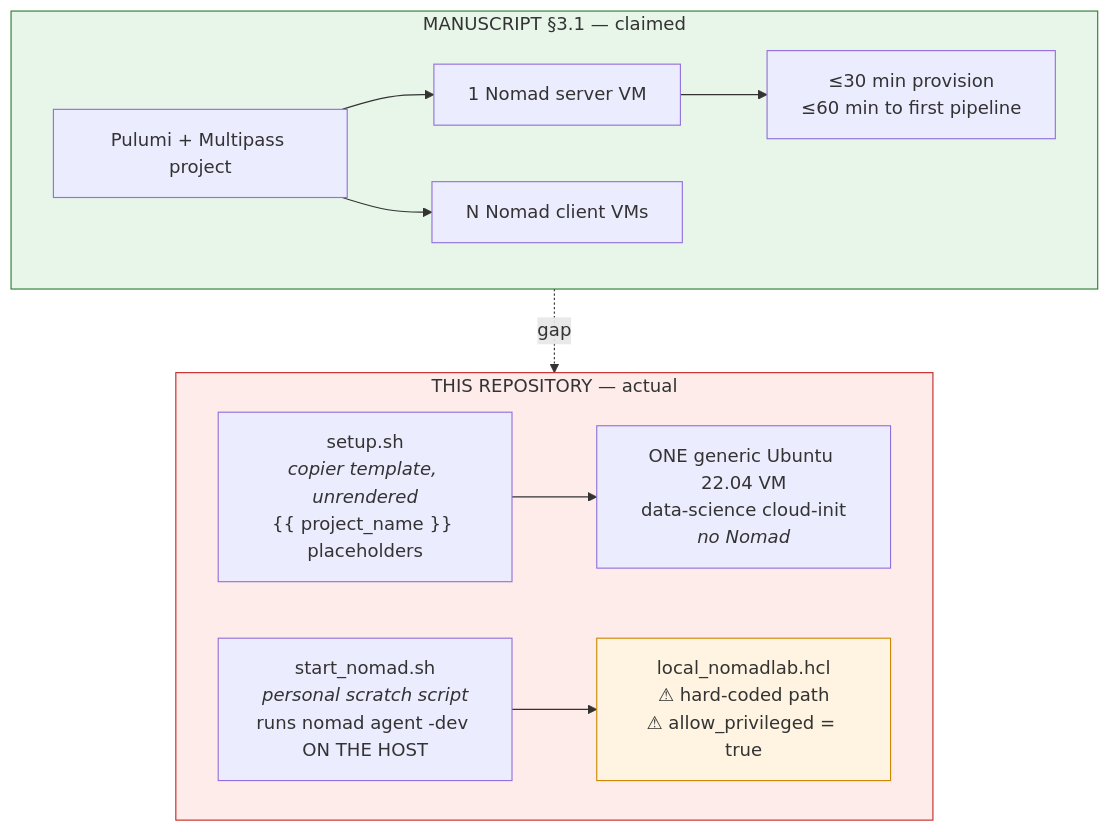
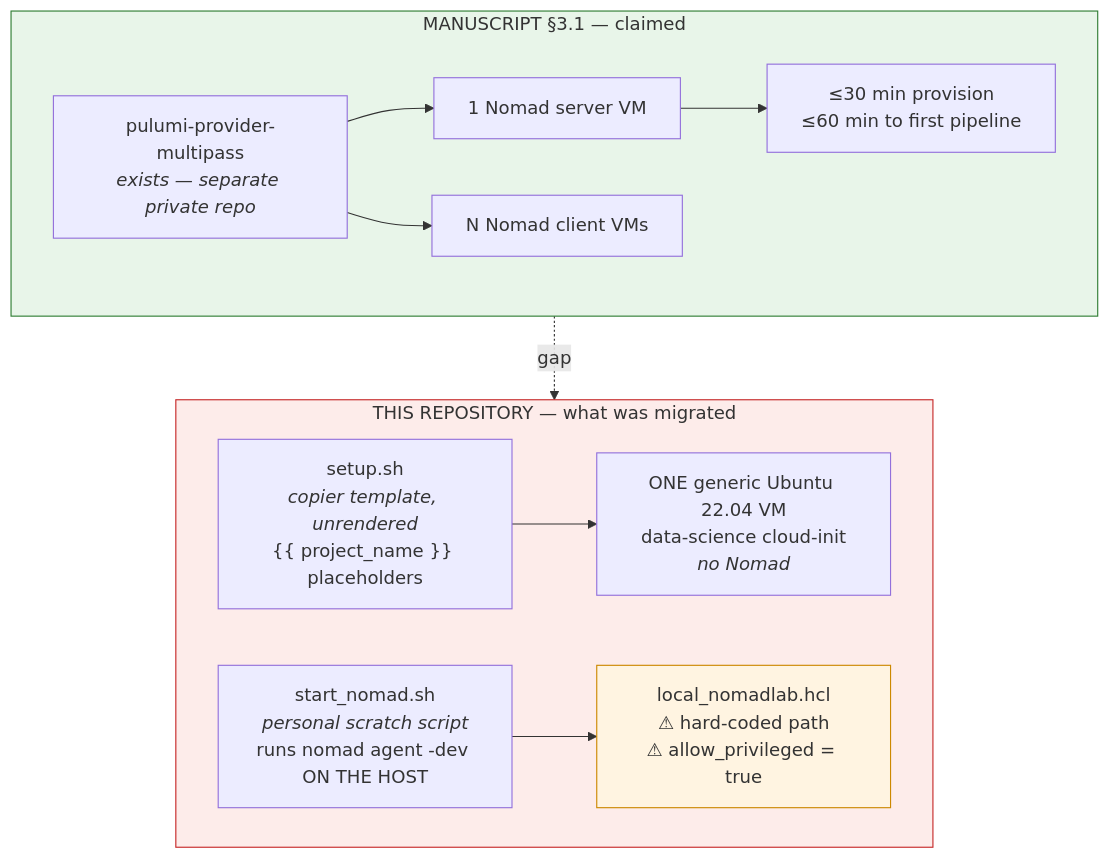
One commit to abhi18av-phd-projects/nf-nomad-manuscript-assets changed the first of 4 diagrams in templates/ARCHITECTURE.md. Above: the diagram before and after it, drawn with Mermaid. The commit also changed other lines of this file and 1 other file, not shown here.

First line of the commit message:
templates: correct the local-template finding; it is a migration gap, not a missing project

````diff
--- a/templates/ARCHITECTURE.md
+++ b/templates/ARCHITECTURE.md
@@ -15,24 +20,24 @@
 ```mermaid
 graph TB
     subgraph Claimed["MANUSCRIPT §3.1 — claimed"]
-        C1["Pulumi + Multipass project"]
+        C1["pulumi-provider-multipass<br/><i>exists — separate private repo</i>"]
         C2["1 Nomad server VM"]
         C3["N Nomad client VMs"]
         C4["≤30 min provision<br/>≤60 min to first pipeline"]
         C1 --> C2
         C1 --> C3
         C2 --> C4
     end
-    subgraph Actual["THIS REPOSITORY — actual"]
+    subgraph Actual["THIS REPOSITORY — what was migrated"]
         A1["setup.sh<br/><i>copier template, unrendered</i><br/>{{ project_name }} placeholders"]
         A2["ONE generic Ubuntu 22.04 VM<br/>data-science cloud-init<br/><i>no Nomad</i>"]
         A3["start_nomad.sh<br/><i>personal scratch script</i><br/>runs nomad agent -dev ON THE HOST"]
         A4["local_nomadlab.hcl<br/>⚠ hard-coded path<br/>⚠ allow_privileged = true"]
         A1 --> A2
         A3 --> A4
     end
     Claimed -.->|"gap"| Actual
     style Claimed fill:#e8f5e9,stroke:#2e7d32
     style Actual fill:#fdecea,stroke:#c62828
     style A4 fill:#fff4e1,stroke:#cc8800
 ```
````
